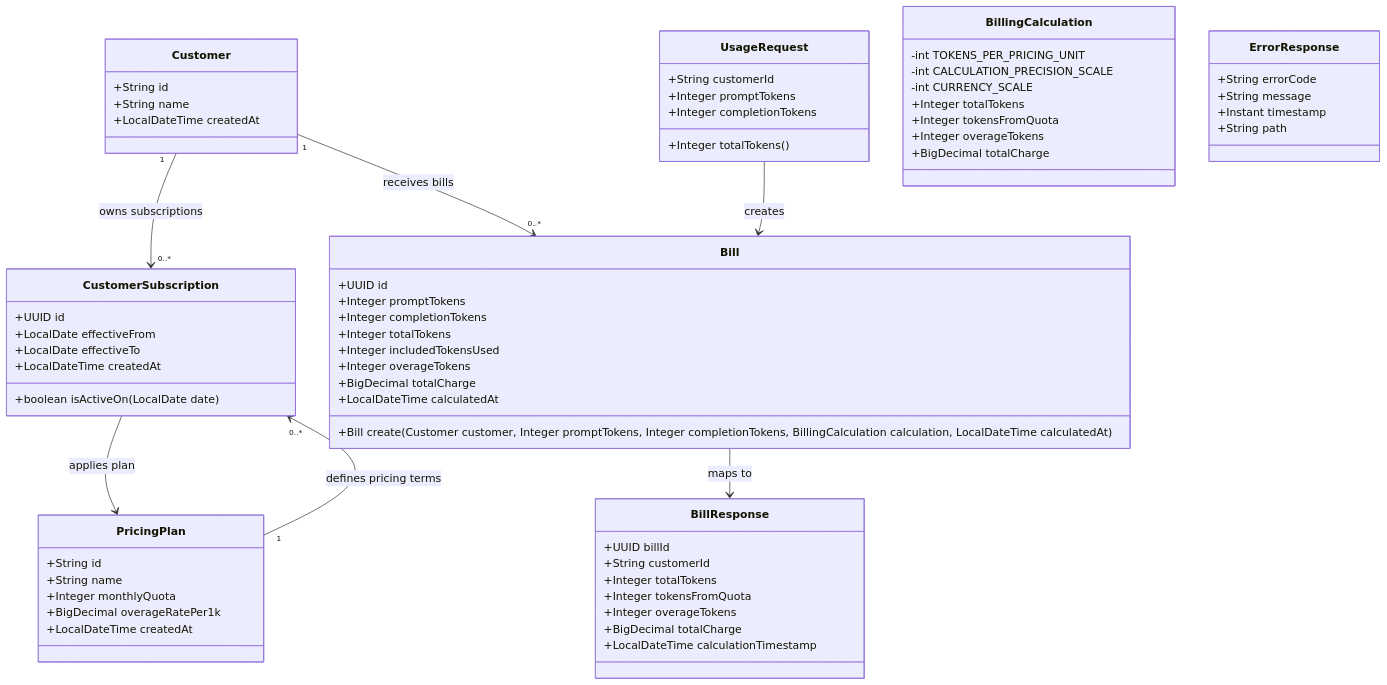
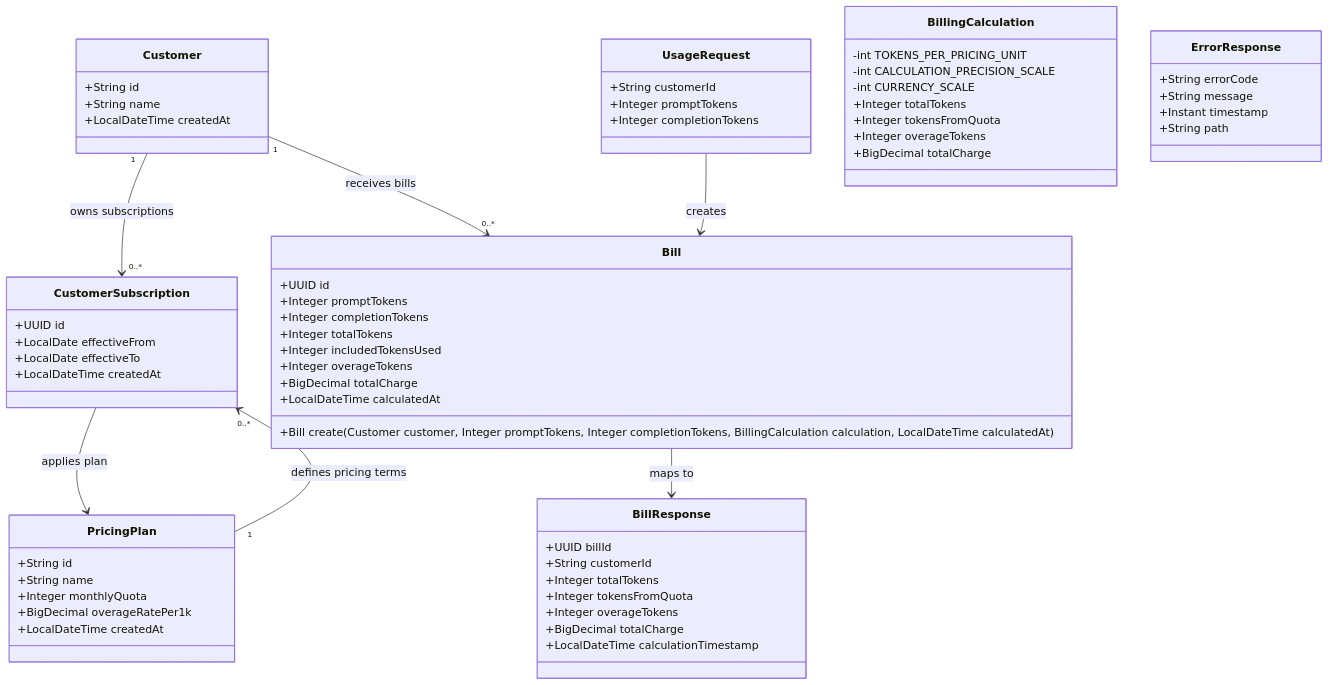
Before and after one commit to skyglass/spdd-workshop-snapshot: the diagram in spdd/prompt/GGQPA-XXX-202605160301-[Feat]-api-token-usage-billing.md, drawn with Mermaid. The commit also changed other lines of this file and 15 other files, not shown here.

````diff
--- a/spdd/prompt/GGQPA-XXX-202605160301-[Feat]-api-token-usage-billing.md
+++ b/spdd/prompt/GGQPA-XXX-202605160301-[Feat]-api-token-usage-billing.md
@@ -11,79 +11,77 @@
 ```mermaid
 classDiagram
 direction TB
 
 class Customer {
     +String id
     +String name
     +LocalDateTime createdAt
 }
 
 class PricingPlan {
     +String id
     +String name
     +Integer monthlyQuota
     +BigDecimal overageRatePer1k
     +LocalDateTime createdAt
 }
 
 class CustomerSubscription {
     +UUID id
     +LocalDate effectiveFrom
     +LocalDate effectiveTo
     +LocalDateTime createdAt
-    +boolean isActiveOn(LocalDate date)
 }
 
 class Bill {
     +UUID id
     +Integer promptTokens
     +Integer completionTokens
     +Integer totalTokens
     +Integer includedTokensUsed
     +Integer overageTokens
     +BigDecimal totalCharge
     +LocalDateTime calculatedAt
     +Bill create(Customer customer, Integer promptTokens, Integer completionTokens, BillingCalculation calculation, LocalDateTime calculatedAt)
 }
 
 class UsageRequest {
     +String customerId
     +Integer promptTokens
     +Integer completionTokens
-    +Integer totalTokens()
 }
 
 class BillingCalculation {
     -int TOKENS_PER_PRICING_UNIT
     -int CALCULATION_PRECISION_SCALE
     -int CURRENCY_SCALE
     +Integer totalTokens
     +Integer tokensFromQuota
     +Integer overageTokens
     +BigDecimal totalCharge
 }
 
 class BillResponse {
     +UUID billId
     +String customerId
     +Integer totalTokens
     +Integer tokensFromQuota
     +Integer overageTokens
     +BigDecimal totalCharge
     +LocalDateTime calculationTimestamp
 }
 
 class ErrorResponse {
     +String errorCode
     +String message
     +Instant timestamp
     +String path
 }
 
 Customer "1" --> "0..*" CustomerSubscription : owns subscriptions
 PricingPlan "1" --> "0..*" CustomerSubscription : defines pricing terms
 Customer "1" --> "0..*" Bill : receives bills
 UsageRequest --> Bill : creates
 CustomerSubscription --> PricingPlan : applies plan
 Bill --> BillResponse : maps to
 ```
````
